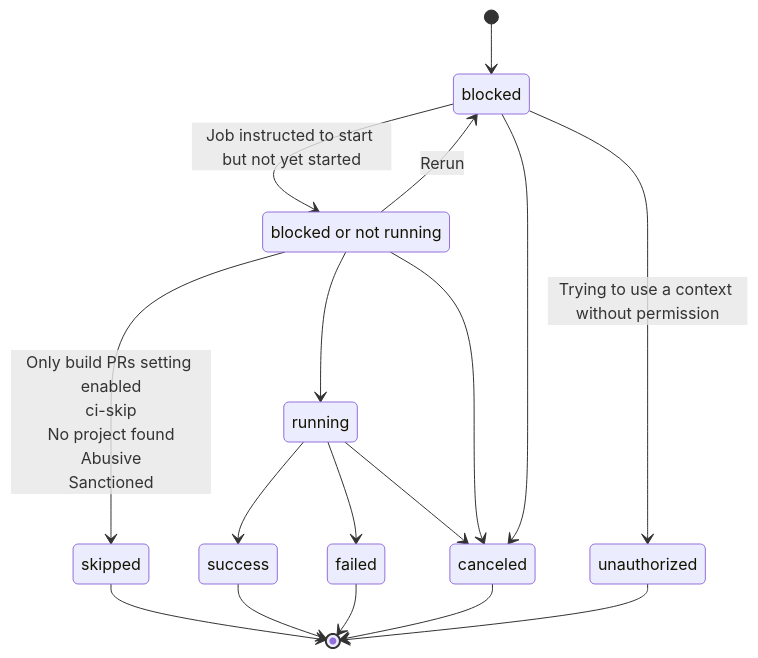
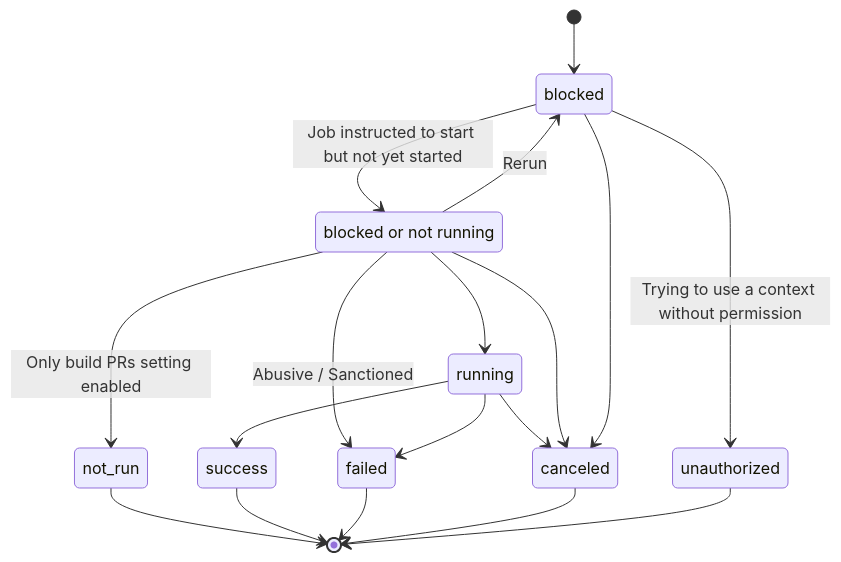
One commit to circleci/circleci-docs changed the second of 2 diagrams in docs/guides/modules/orchestrate/pages/jobs-steps.adoc. Above: the diagram before and after it, drawn with Mermaid.

Commit message:
update server job statuses diagram
- skipped status is returned as not_run in UI and API
- we don't create pipelines for skip-ci anymore
 (since https://github.com/circleci/workflows-conductor/pull/4527)
- abusive/sanctioned reasons now cause the workflow to fail

```diff
--- a/docs/guides/modules/orchestrate/pages/jobs-steps.adoc
+++ b/docs/guides/modules/orchestrate/pages/jobs-steps.adoc
@@ -110,28 +110,29 @@
 [mermaid]
 ----
 stateDiagram-v2
     direction TB
     [*] --> blocked
 
     state "blocked or not running" as pending
     blocked --> pending : Job instructed to start but not yet started
     blocked --> unauthorized : Trying to use a context without permission
    
     pending --> running
 
-    pending --> skipped : Only build PRs setting enabled<br/>ci-skip<br/>No project found<br/>Abusive<br/>Sanctioned
+    pending --> not_run : Only build PRs setting enabled
     pending --> blocked : Rerun
 
     running --> canceled
     pending --> canceled
     blocked --> canceled
 
+    pending --> failed : Abusive / Sanctioned
     running --> failed
     running --> success
 
-    skipped --> [*]
+    not_run --> [*]
     success --> [*]
     failed --> [*]
     canceled --> [*]
     unauthorized --> [*]
 ----
```
